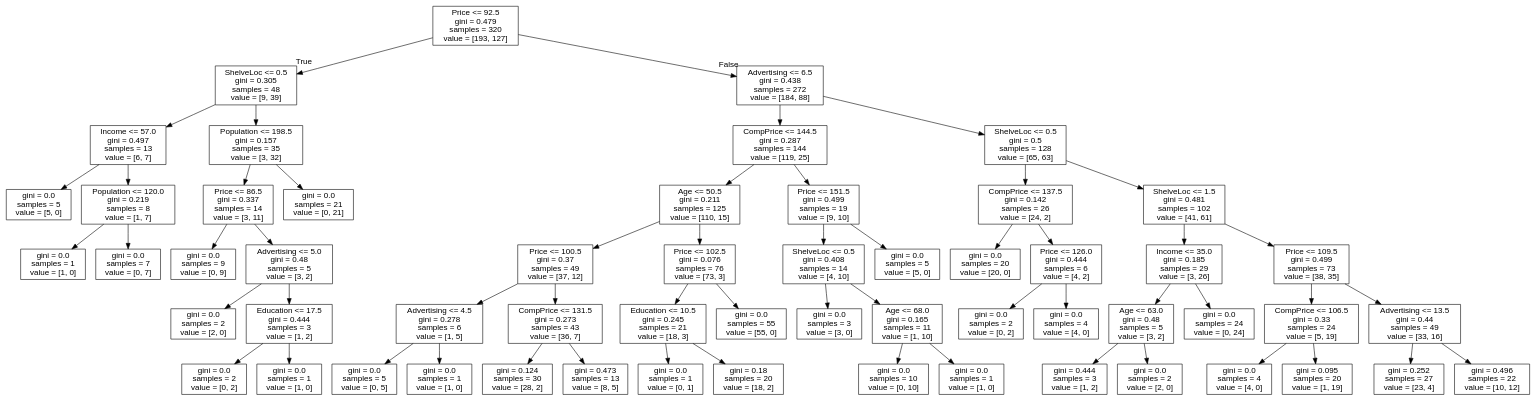
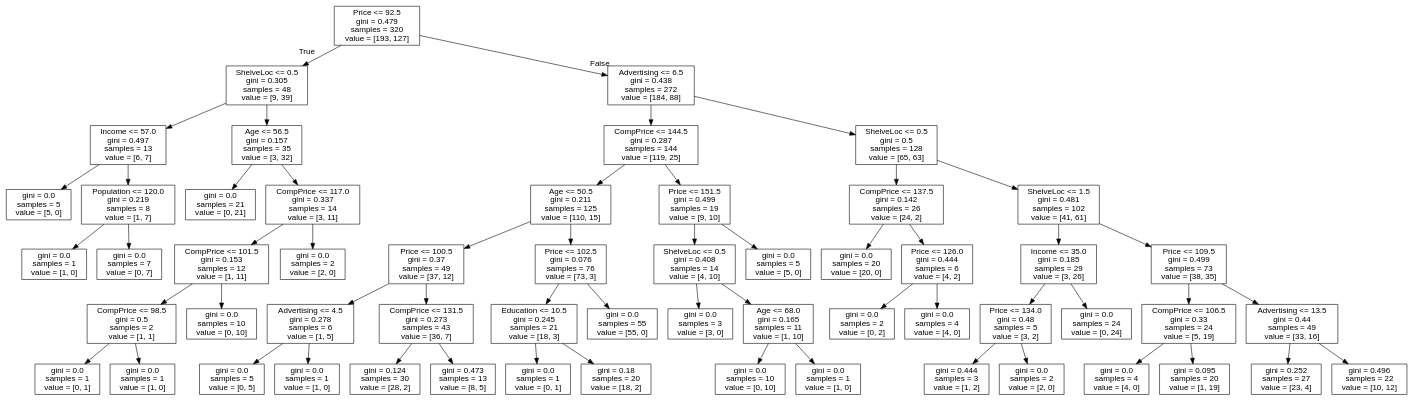
The diagram in BDM500_PredictiveAnalysis/carseat_tree.dot (RanArino/Course_Projects), drawn with Graphviz before and after one commit.

Commit message:
Save tree

```diff
--- a/BDM500_PredictiveAnalysis/carseat_tree.dot
+++ b/BDM500_PredictiveAnalysis/carseat_tree.dot
@@ -1,117 +1,117 @@
 digraph Tree {
 node [shape=box, fontname="helvetica"] ;
 edge [fontname="helvetica"] ;
 0 [label="Price <= 92.5\ngini = 0.479\nsamples = 320\nvalue = [193, 127]"] ;
 1 [label="ShelveLoc <= 0.5\ngini = 0.305\nsamples = 48\nvalue = [9, 39]"] ;
 0 -> 1 [labeldistance=2.5, labelangle=45, headlabel="True"] ;
 2 [label="Income <= 57.0\ngini = 0.497\nsamples = 13\nvalue = [6, 7]"] ;
 1 -> 2 ;
 3 [label="gini = 0.0\nsamples = 5\nvalue = [5, 0]"] ;
 2 -> 3 ;
 4 [label="Population <= 120.0\ngini = 0.219\nsamples = 8\nvalue = [1, 7]"] ;
 2 -> 4 ;
 5 [label="gini = 0.0\nsamples = 1\nvalue = [1, 0]"] ;
 4 -> 5 ;
 6 [label="gini = 0.0\nsamples = 7\nvalue = [0, 7]"] ;
 4 -> 6 ;
-7 [label="Population <= 198.5\ngini = 0.157\nsamples = 35\nvalue = [3, 32]"] ;
+7 [label="Age <= 56.5\ngini = 0.157\nsamples = 35\nvalue = [3, 32]"] ;
 1 -> 7 ;
-8 [label="Price <= 86.5\ngini = 0.337\nsamples = 14\nvalue = [3, 11]"] ;
+8 [label="gini = 0.0\nsamples = 21\nvalue = [0, 21]"] ;
 7 -> 8 ;
-9 [label="gini = 0.0\nsamples = 9\nvalue = [0, 9]"] ;
-8 -> 9 ;
-10 [label="Advertising <= 5.0\ngini = 0.48\nsamples = 5\nvalue = [3, 2]"] ;
-8 -> 10 ;
-11 [label="gini = 0.0\nsamples = 2\nvalue = [2, 0]"] ;
+9 [label="CompPrice <= 117.0\ngini = 0.337\nsamples = 14\nvalue = [3, 11]"] ;
+7 -> 9 ;
+10 [label="CompPrice <= 101.5\ngini = 0.153\nsamples = 12\nvalue = [1, 11]"] ;
+9 -> 10 ;
+11 [label="CompPrice <= 98.5\ngini = 0.5\nsamples = 2\nvalue = [1, 1]"] ;
 10 -> 11 ;
-12 [label="Education <= 17.5\ngini = 0.444\nsamples = 3\nvalue = [1, 2]"] ;
-10 -> 12 ;
-13 [label="gini = 0.0\nsamples = 2\nvalue = [0, 2]"] ;
-12 -> 13 ;
-14 [label="gini = 0.0\nsamples = 1\nvalue = [1, 0]"] ;
-12 -> 14 ;
-15 [label="gini = 0.0\nsamples = 21\nvalue = [0, 21]"] ;
-7 -> 15 ;
+12 [label="gini = 0.0\nsamples = 1\nvalue = [0, 1]"] ;
+11 -> 12 ;
+13 [label="gini = 0.0\nsamples = 1\nvalue = [1, 0]"] ;
+11 -> 13 ;
+14 [label="gini = 0.0\nsamples = 10\nvalue = [0, 10]"] ;
+10 -> 14 ;
+15 [label="gini = 0.0\nsamples = 2\nvalue = [2, 0]"] ;
+9 -> 15 ;
 16 [label="Advertising <= 6.5\ngini = 0.438\nsamples = 272\nvalue = [184, 88]"] ;
 0 -> 16 [labeldistance=2.5, labelangle=-45, headlabel="False"] ;
 17 [label="CompPrice <= 144.5\ngini = 0.287\nsamples = 144\nvalue = [119, 25]"] ;
 16 -> 17 ;
 18 [label="Age <= 50.5\ngini = 0.211\nsamples = 125\nvalue = [110, 15]"] ;
 17 -> 18 ;
 19 [label="Price <= 100.5\ngini = 0.37\nsamples = 49\nvalue = [37, 12]"] ;
 18 -> 19 ;
 20 [label="Advertising <= 4.5\ngini = 0.278\nsamples = 6\nvalue = [1, 5]"] ;
 19 -> 20 ;
 21 [label="gini = 0.0\nsamples = 5\nvalue = [0, 5]"] ;
 20 -> 21 ;
 22 [label="gini = 0.0\nsamples = 1\nvalue = [1, 0]"] ;
 20 -> 22 ;
 23 [label="CompPrice <= 131.5\ngini = 0.273\nsamples = 43\nvalue = [36, 7]"] ;
 19 -> 23 ;
 24 [label="gini = 0.124\nsamples = 30\nvalue = [28, 2]"] ;
 23 -> 24 ;
 25 [label="gini = 0.473\nsamples = 13\nvalue = [8, 5]"] ;
 23 -> 25 ;
 26 [label="Price <= 102.5\ngini = 0.076\nsamples = 76\nvalue = [73, 3]"] ;
 18 -> 26 ;
 27 [label="Education <= 10.5\ngini = 0.245\nsamples = 21\nvalue = [18, 3]"] ;
 26 -> 27 ;
 28 [label="gini = 0.0\nsamples = 1\nvalue = [0, 1]"] ;
 27 -> 28 ;
 29 [label="gini = 0.18\nsamples = 20\nvalue = [18, 2]"] ;
 27 -> 29 ;
 30 [label="gini = 0.0\nsamples = 55\nvalue = [55, 0]"] ;
 26 -> 30 ;
 31 [label="Price <= 151.5\ngini = 0.499\nsamples = 19\nvalue = [9, 10]"] ;
 17 -> 31 ;
 32 [label="ShelveLoc <= 0.5\ngini = 0.408\nsamples = 14\nvalue = [4, 10]"] ;
 31 -> 32 ;
 33 [label="gini = 0.0\nsamples = 3\nvalue = [3, 0]"] ;
 32 -> 33 ;
 34 [label="Age <= 68.0\ngini = 0.165\nsamples = 11\nvalue = [1, 10]"] ;
 32 -> 34 ;
 35 [label="gini = 0.0\nsamples = 10\nvalue = [0, 10]"] ;
 34 -> 35 ;
 36 [label="gini = 0.0\nsamples = 1\nvalue = [1, 0]"] ;
 34 -> 36 ;
 37 [label="gini = 0.0\nsamples = 5\nvalue = [5, 0]"] ;
 31 -> 37 ;
 38 [label="ShelveLoc <= 0.5\ngini = 0.5\nsamples = 128\nvalue = [65, 63]"] ;
 16 -> 38 ;
 39 [label="CompPrice <= 137.5\ngini = 0.142\nsamples = 26\nvalue = [24, 2]"] ;
 38 -> 39 ;
 40 [label="gini = 0.0\nsamples = 20\nvalue = [20, 0]"] ;
 39 -> 40 ;
 41 [label="Price <= 126.0\ngini = 0.444\nsamples = 6\nvalue = [4, 2]"] ;
 39 -> 41 ;
 42 [label="gini = 0.0\nsamples = 2\nvalue = [0, 2]"] ;
 41 -> 42 ;
 43 [label="gini = 0.0\nsamples = 4\nvalue = [4, 0]"] ;
 41 -> 43 ;
 44 [label="ShelveLoc <= 1.5\ngini = 0.481\nsamples = 102\nvalue = [41, 61]"] ;
 38 -> 44 ;
 45 [label="Income <= 35.0\ngini = 0.185\nsamples = 29\nvalue = [3, 26]"] ;
 44 -> 45 ;
-46 [label="Age <= 63.0\ngini = 0.48\nsamples = 5\nvalue = [3, 2]"] ;
+46 [label="Price <= 134.0\ngini = 0.48\nsamples = 5\nvalue = [3, 2]"] ;
 45 -> 46 ;
 47 [label="gini = 0.444\nsamples = 3\nvalue = [1, 2]"] ;
 46 -> 47 ;
 48 [label="gini = 0.0\nsamples = 2\nvalue = [2, 0]"] ;
 46 -> 48 ;
 49 [label="gini = 0.0\nsamples = 24\nvalue = [0, 24]"] ;
 45 -> 49 ;
 50 [label="Price <= 109.5\ngini = 0.499\nsamples = 73\nvalue = [38, 35]"] ;
 44 -> 50 ;
 51 [label="CompPrice <= 106.5\ngini = 0.33\nsamples = 24\nvalue = [5, 19]"] ;
 50 -> 51 ;
 52 [label="gini = 0.0\nsamples = 4\nvalue = [4, 0]"] ;
 51 -> 52 ;
 53 [label="gini = 0.095\nsamples = 20\nvalue = [1, 19]"] ;
 51 -> 53 ;
 54 [label="Advertising <= 13.5\ngini = 0.44\nsamples = 49\nvalue = [33, 16]"] ;
 50 -> 54 ;
 55 [label="gini = 0.252\nsamples = 27\nvalue = [23, 4]"] ;
 54 -> 55 ;
 56 [label="gini = 0.496\nsamples = 22\nvalue = [10, 12]"] ;
 54 -> 56 ;
 }
```
